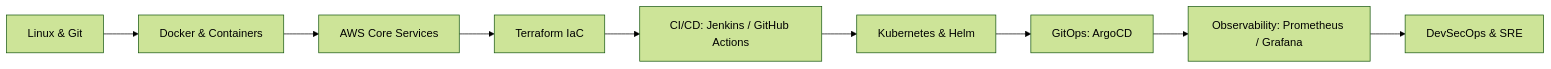
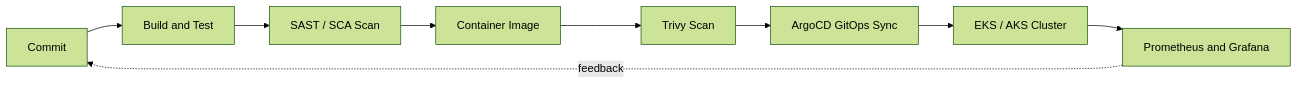
Before and after one commit to saikiranpi/saikiranpi: the diagram in README.md, drawn with Mermaid (forest theme). The commit also changed other lines of this file, not shown here.

````diff
--- a/README.md
+++ b/README.md
@@ -124,11 +118,11 @@
 ```mermaid
 flowchart LR
-    A[Linux & Git] --> B[Docker & Containers]
-    B --> C[AWS Core Services]
-    C --> D[Terraform IaC]
-    D --> E[CI/CD: Jenkins / GitHub Actions]
-    E --> F[Kubernetes & Helm]
-    F --> G[GitOps: ArgoCD]
-    G --> H[Observability: Prometheus / Grafana]
-    H --> I[DevSecOps & SRE]
+    A[Commit] --> B[Build and Test]
+    B --> C[SAST / SCA Scan]
+    C --> D[Container Image]
+    D --> E[Trivy Scan]
+    E --> F[ArgoCD GitOps Sync]
+    F --> G[EKS / AKS Cluster]
+    G --> H[Prometheus and Grafana]
+    H -. feedback .-> A
 ```
````
